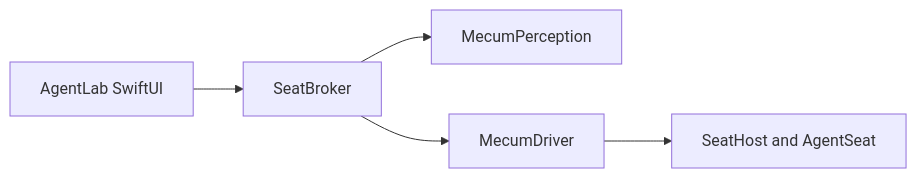
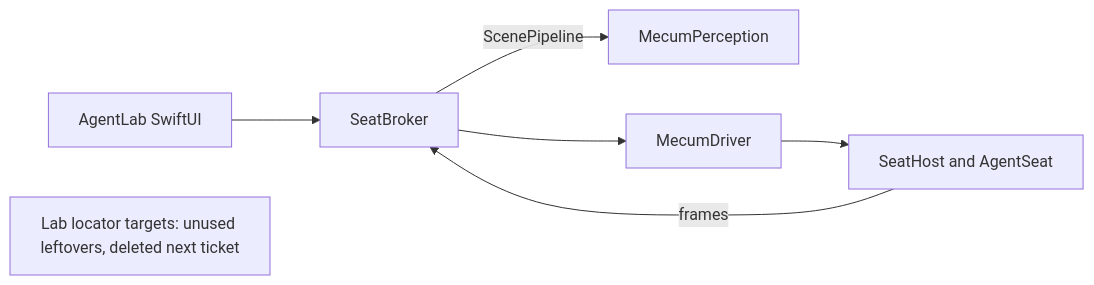
One commit to ForteAI-Org/mecum changed the diagram in Documentation/SeatBroker/CONTEXT.md. Above: the diagram before and after it, drawn with Mermaid. The commit also changed other lines of this file and 14 other files, not shown here.

````diff
--- a/Documentation/SeatBroker/CONTEXT.md
+++ b/Documentation/SeatBroker/CONTEXT.md
@@ -33,7 +47,9 @@
 ```mermaid
 flowchart LR
     Lab[AgentLab SwiftUI] --> Broker[SeatBroker]
-    Broker --> Perception[MecumPerception]
+    Broker -->|ScenePipeline| Perception[MecumPerception]
     Broker --> Driver[MecumDriver]
     Driver --> Seat[SeatHost and AgentSeat]
+    Seat -->|frames| Broker
+    Locator[Lab locator targets: unused leftovers, deleted next ticket]
 ```
````
